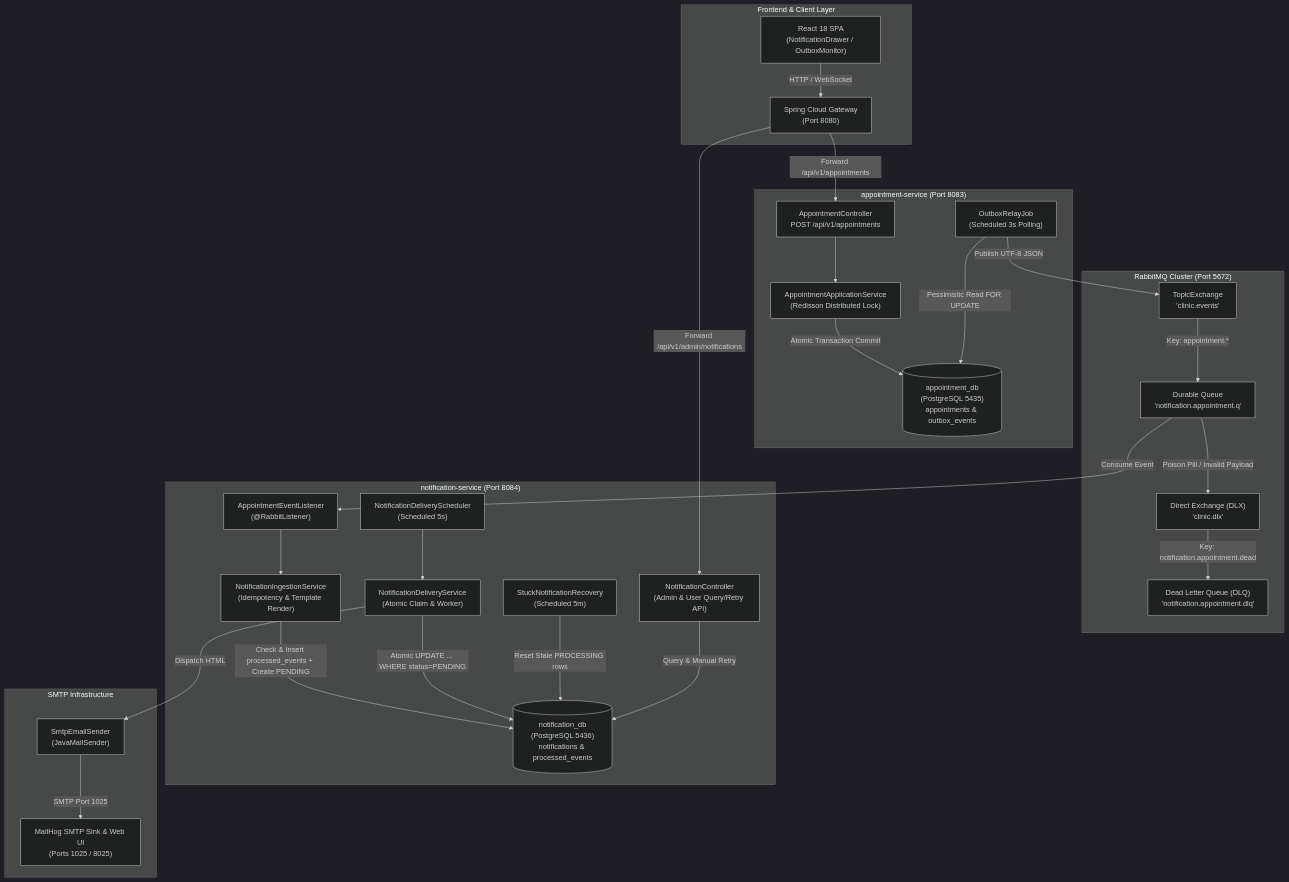
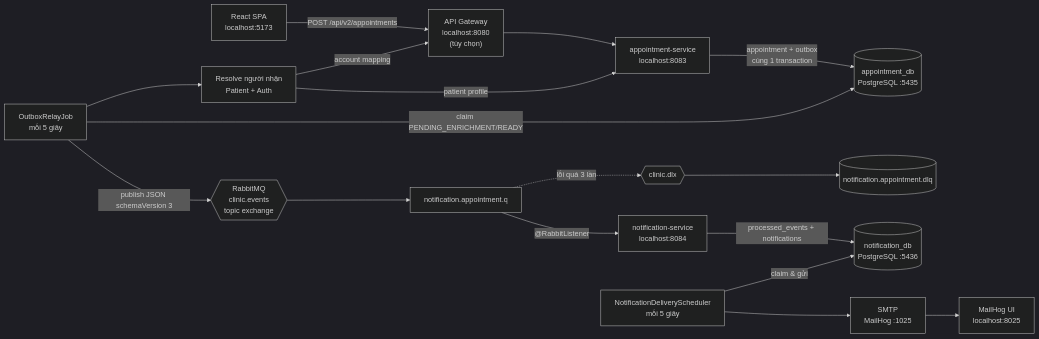
The first of 2 diagrams in ClinicAppointmentBE/docs/NOTIFICATION_SYSTEM_ARCHITECTURE.md (duckhisuu/FClinic), drawn with Mermaid (dark theme) before and after one commit. The commit also changed other lines of this file, not shown here.

````diff
--- a/ClinicAppointmentBE/docs/NOTIFICATION_SYSTEM_ARCHITECTURE.md
+++ b/ClinicAppointmentBE/docs/NOTIFICATION_SYSTEM_ARCHITECTURE.md
@@ -11,61 +30,35 @@
 ```mermaid
-flowchart TD
-    subgraph ClientLayer["Frontend & Client Layer"]
-        FE["React 18 SPA<br/>(NotificationDrawer / OutboxMonitor)"]
-        Gateway["Spring Cloud Gateway<br/>(Port 8080)"]
-    end
+flowchart LR
+    FE["React SPA<br/>localhost:5173"]
+    GW["API Gateway<br/>localhost:8080<br/>(tùy chọn)"]
+    APPT["appointment-service<br/>localhost:8083"]
+    APPTDB[("appointment_db<br/>PostgreSQL :5435")]
+    RELAY["OutboxRelayJob<br/>mỗi 5 giây"]
+    RESOLVE["Resolve người nhận<br/>Patient + Auth"]
+    RABBIT{{"RabbitMQ<br/>clinic.events<br/>topic exchange"}}
+    Q["notification.appointment.q"]
+    DLX{{"clinic.dlx"}}
+    DLQ[("notification.appointment.dlq")]
+    NOTI["notification-service<br/>localhost:8084"]
+    NOTIDB[("notification_db<br/>PostgreSQL :5436")]
+    SCHED["NotificationDeliveryScheduler<br/>mỗi 5 giây"]
+    SMTP["SMTP<br/>MailHog :1025"]
+    UI["MailHog UI<br/>localhost:8025"]
 
-    subgraph AppService["appointment-service (Port 8083)"]
-        Controller["AppointmentController<br/>POST /api/v1/appointments"]
-        AppSvc["AppointmentApplicationService<br/>(Redisson Distributed Lock)"]
-        AppDB[("appointment_db<br/>(PostgreSQL 5435)<br/>appointments & outbox_events")]
-        OutboxRelay["OutboxRelayJob<br/>(Scheduled 3s Polling)"]
-    end
-
-    subgraph MessageBroker["RabbitMQ Cluster (Port 5672)"]
-        TopicEx["TopicExchange<br/>'clinic.events'"]
-        MainQueue["Durable Queue<br/>'notification.appointment.q'"]
-        DLX["Direct Exchange (DLX)<br/>'clinic.dlx'"]
-        DLQ["Dead Letter Queue (DLQ)<br/>'notification.appointment.dlq'"]
-    end
-
-    subgraph NotiService["notification-service (Port 8084)"]
-        EventListener["AppointmentEventListener<br/>(@RabbitListener)"]
-        PhaseA["NotificationIngestionService<br/>(Idempotency & Template Render)"]
-        NotiDB[("notification_db<br/>(PostgreSQL 5436)<br/>notifications & processed_events")]
-        Scheduler["NotificationDeliveryScheduler<br/>(Scheduled 5s)"]
-        PhaseB["NotificationDeliveryService<br/>(Atomic Claim & Worker)"]
-        Recovery["StuckNotificationRecovery<br/>(Scheduled 5m)"]
-        AdminController["NotificationController<br/>(Admin & User Query/Retry API)"]
-    end
-
-    subgraph MailInfra["SMTP Infrastructure"]
-        JavaMail["SmtpEmailSender<br/>(JavaMailSender)"]
-        MailHog["MailHog SMTP Sink & Web UI<br/>(Ports 1025 / 8025)"]
-    end
-
-    FE -->|HTTP / WebSocket| Gateway
-    Gateway -->|Forward /api/v1/appointments| Controller
-    Gateway -->|Forward /api/v1/admin/notifications| AdminController
-
-    Controller --> AppSvc
-    AppSvc -->|Atomic Transaction Commit| AppDB
-    OutboxRelay -->|Pessimistic Read FOR UPDATE| AppDB
-    OutboxRelay -->|Publish UTF-8 JSON| TopicEx
-
-    TopicEx -->|Key: appointment.*| MainQueue
-    MainQueue -->|Poison Pill / Invalid Payload| DLX
-    DLX -->|Key: notification.appointment.dead| DLQ
-
-    MainQueue -->|Consume Event| EventListener
-    EventListener --> PhaseA
-    PhaseA -->|Check & Insert processed_events + Create PENDING| NotiDB
-
-    Scheduler --> PhaseB
-    PhaseB -->|Atomic UPDATE ... WHERE status=PENDING| NotiDB
-    PhaseB -->|Dispatch HTML| JavaMail
-    JavaMail -->|SMTP Port 1025| MailHog
-
-    Recovery -->|Reset Stale PROCESSING rows| NotiDB
-    AdminController -->|Query & Manual Retry| NotiDB
+    FE -->|"POST /api/v2/appointments"| GW
+    GW --> APPT
+    APPT -->|"appointment + outbox<br/>cùng 1 transaction"| APPTDB
+    RELAY -->|"claim PENDING_ENRICHMENT/READY"| APPTDB
+    RELAY --> RESOLVE
+    RESOLVE -->|"patient profile"| APPT
+    RESOLVE -->|"account mapping"| GW
+    RELAY -->|"publish JSON schemaVersion 3"| RABBIT
+    RABBIT --> Q
+    Q -->|"@RabbitListener"| NOTI
+    NOTI -->|"processed_events + notifications"| NOTIDB
+    SCHED -->|"claim & gửi"| NOTIDB
+    SCHED --> SMTP
+    SMTP --> UI
+    Q -.->|"lỗi quá 3 lần"| DLX
+    DLX --> DLQ
 ```
````
